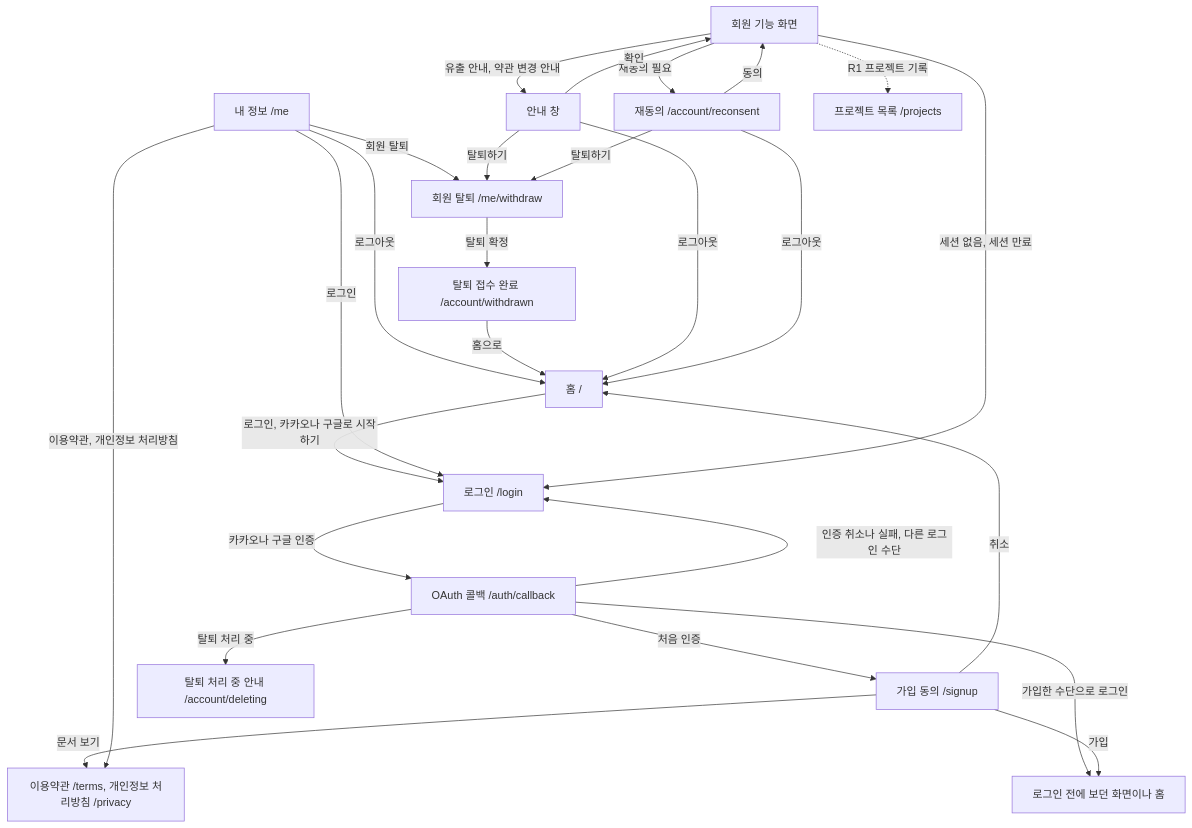
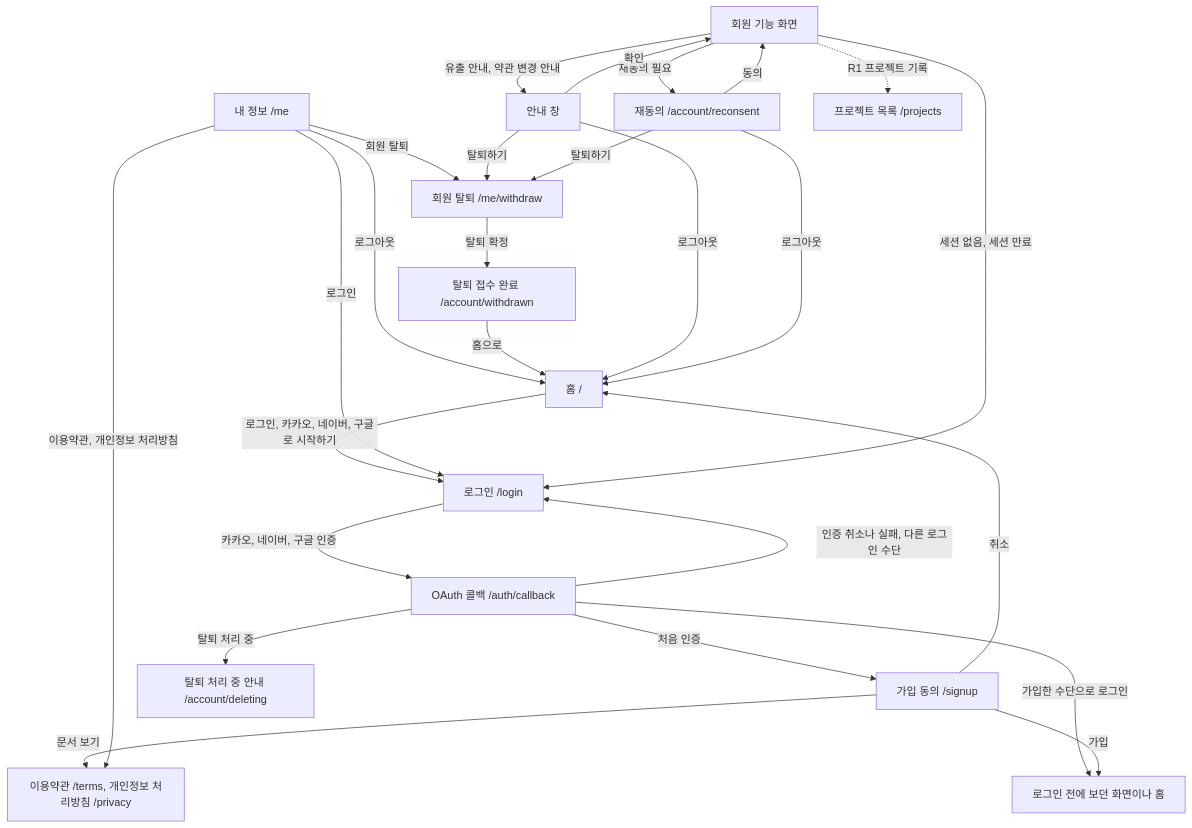
Before and after one commit to god3v/hamtteukka: the diagram in docs/specs/001-account/design/screens.md, drawn with Mermaid. The commit also changed other lines of this file and 15 other files, not shown here.

````diff
--- a/docs/specs/001-account/design/screens.md
+++ b/docs/specs/001-account/design/screens.md
@@ -14,28 +14,28 @@
 ```mermaid
 flowchart TD
-  Home["홈 /"] -->|"로그인, 카카오나 구글로 시작하기"| Login["로그인 /login"]
+  Home["홈 /"] -->|"로그인, 카카오, 네이버, 구글로 시작하기"| Login["로그인 /login"]
   Me["내 정보 /me"] -->|"로그인"| Login
   Member["회원 기능 화면"] -->|"세션 없음, 세션 만료"| Login
-  Login -->|"카카오나 구글 인증"| Callback["OAuth 콜백 /auth/callback"]
+  Login -->|"카카오, 네이버, 구글 인증"| Callback["OAuth 콜백 /auth/callback"]
   Callback -->|"인증 취소나 실패, 다른 로그인 수단"| Login
   Callback -->|"처음 인증"| Signup["가입 동의 /signup"]
   Callback -->|"가입한 수단으로 로그인"| Back["로그인 전에 보던 화면이나 홈"]
   Callback -->|"탈퇴 처리 중"| Deleting["탈퇴 처리 중 안내 /account/deleting"]
   Signup -->|"문서 보기"| Terms["이용약관 /terms, 개인정보 처리방침 /privacy"]
   Signup -->|"가입"| Back
   Signup -->|"취소"| Home
   Me -->|"이용약관, 개인정보 처리방침"| Terms
   Me -->|"로그아웃"| Home
   Me -->|"회원 탈퇴"| Withdraw["회원 탈퇴 /me/withdraw"]
   Withdraw -->|"탈퇴 확정"| Withdrawn["탈퇴 접수 완료 /account/withdrawn"]
   Withdrawn -->|"홈으로"| Home
   Member -->|"유출 안내, 약관 변경 안내"| Notice["안내 창"]
   Member -->|"재동의 필요"| Reconsent["재동의 /account/reconsent"]
   Notice -->|"확인"| Member
   Notice -->|"로그아웃"| Home
   Notice -->|"탈퇴하기"| Withdraw
   Reconsent -->|"동의"| Member
   Reconsent -->|"로그아웃"| Home
   Reconsent -->|"탈퇴하기"| Withdraw
   Member -.->|"R1 프로젝트 기록"| Projects["프로젝트 목록 /projects"]
 ```
````
